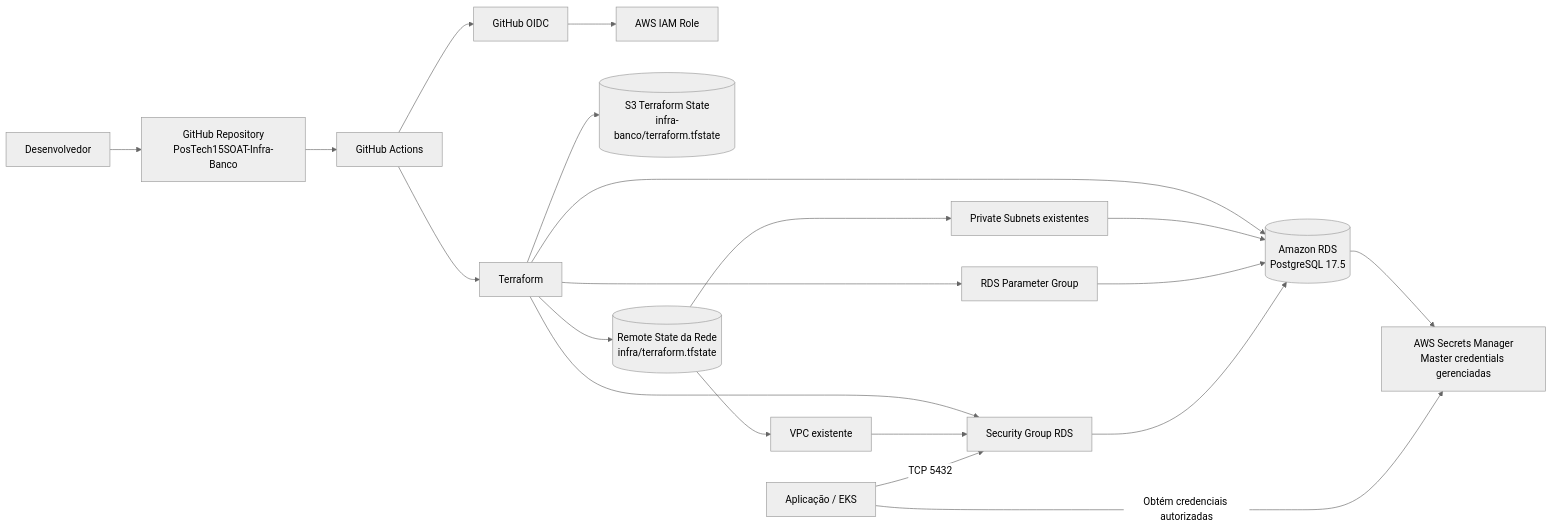
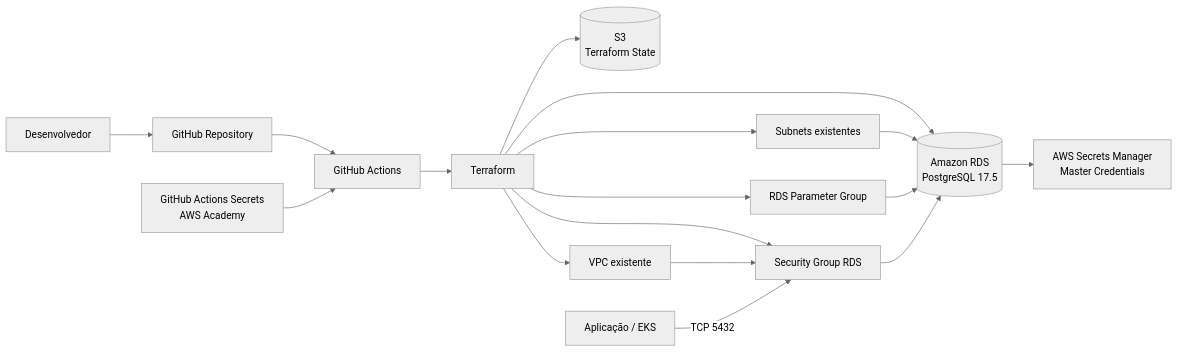
The diagram in docs/architecture/component-diagram.md (PosTech15SOAT/postech15soat-infra-database), drawn with Mermaid (neutral theme) before and after one commit. The commit also changed other lines of this file, not shown here.

````diff
--- a/docs/architecture/component-diagram.md
+++ b/docs/architecture/component-diagram.md
@@ -3,26 +5,25 @@
 ```mermaid
 flowchart LR
-    DEV[Desenvolvedor] --> GH[GitHub Repository\nPosTech15SOAT-Infra-Banco]
+    DEV[Desenvolvedor] --> GH[GitHub Repository]
     GH --> GA[GitHub Actions]
-    GA --> OIDC[GitHub OIDC]
-    OIDC --> IAM[AWS IAM Role]
     GA --> TF[Terraform]
 
-    TF --> S3[(S3 Terraform State\ninfra-banco/terraform.tfstate)]
-    TF --> NETSTATE[(Remote State da Rede\ninfra/terraform.tfstate)]
-    NETSTATE --> VPC[VPC existente]
-    NETSTATE --> SUBNETS[Private Subnets existentes]
+    SECRETS_GH[GitHub Actions Secrets<br/>AWS Academy] --> GA
+
+    TF --> S3[(S3<br/>Terraform State)]
+    TF --> VPC[VPC existente]
+    TF --> SUBNETS[Subnets existentes]
 
     TF --> PG[RDS Parameter Group]
     TF --> SG[Security Group RDS]
-    TF --> RDS[(Amazon RDS\nPostgreSQL 17.5)]
-    RDS --> SECRET[AWS Secrets Manager\nMaster credentials gerenciadas]
+    TF --> RDS[(Amazon RDS<br/>PostgreSQL 17.5)]
+
+    RDS --> SECRET[AWS Secrets Manager<br/>Master Credentials]
 
     VPC --> SG
     SUBNETS --> RDS
     PG --> RDS
     SG --> RDS
 
     APP[Aplicação / EKS] -->|TCP 5432| SG
-    APP -->|Obtém credenciais autorizadas| SECRET
 ```
````
